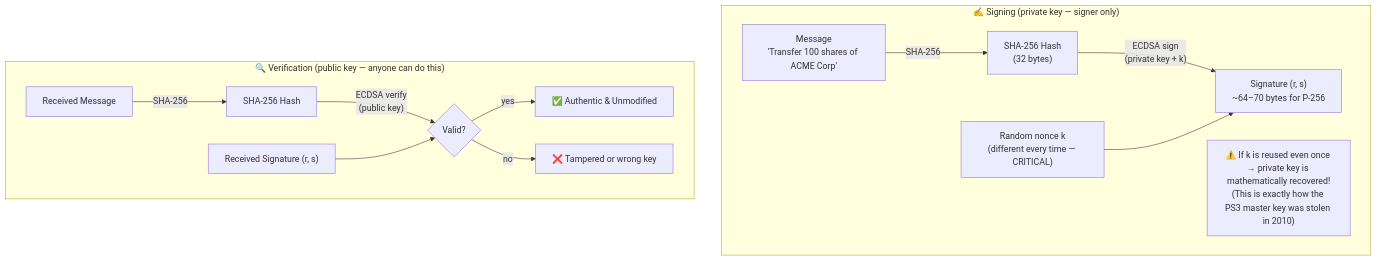
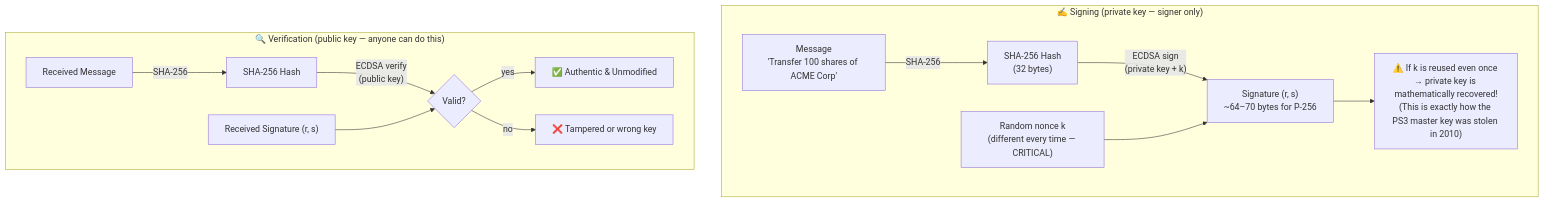
Before and after one commit to csoares/SecurityJava: the first of 4 diagrams in src/main/java/security/ecc/README.md, drawn with Mermaid. The commit also changed other lines of this file and 8 other files, not shown here.

Commit message:
Enhance README with additional flowchart connections and clarifications for cryptographic concepts

````diff
--- a/src/main/java/security/ecc/README.md
+++ b/src/main/java/security/ecc/README.md
@@ -16,25 +16,25 @@
 ```mermaid
 flowchart TD
     subgraph Sign ["✍️ Signing  (private key — signer only)"]
         MSG["Message<br/>'Transfer 100 shares of ACME Corp'"]
         HASH["SHA-256 Hash<br/>(32 bytes)"]
         RND["Random nonce k<br/>(different every time — CRITICAL)"]
         SIG["Signature (r, s)<br/>~64–70 bytes for P-256"]
         MSG -->|"SHA-256"| HASH
         HASH -->|"ECDSA sign<br/>(private key + k)"| SIG
         RND --> SIG
-        WARN["⚠️ If k is reused even once → private key is mathematically recovered!<br/>(This is exactly how the PS3 master key was stolen in 2010)"]
+        SIG --> WARN["⚠️ If k is reused even once → private key is mathematically recovered!<br/>(This is exactly how the PS3 master key was stolen in 2010)"]
     end
 
     subgraph Verify ["🔍 Verification  (public key — anyone can do this)"]
         MSG2["Received Message"]
         SIG2["Received Signature (r, s)"]
         HASH2["SHA-256 Hash"]
         RESULT{"Valid?"}
         MSG2 -->|"SHA-256"| HASH2
         HASH2 -->|"ECDSA verify<br/>(public key)"| RESULT
         SIG2 --> RESULT
         RESULT -->|"yes"| OK["✅ Authentic & Unmodified"]
         RESULT -->|"no"| FAIL["❌ Tampered or wrong key"]
     end
 ```
````
